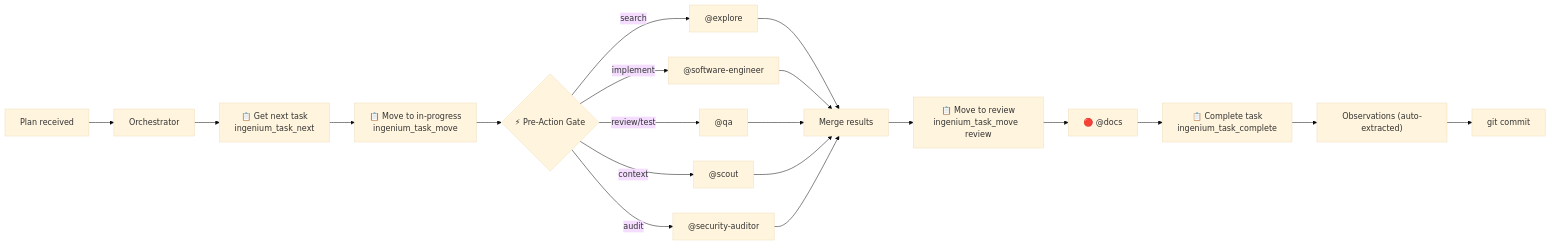
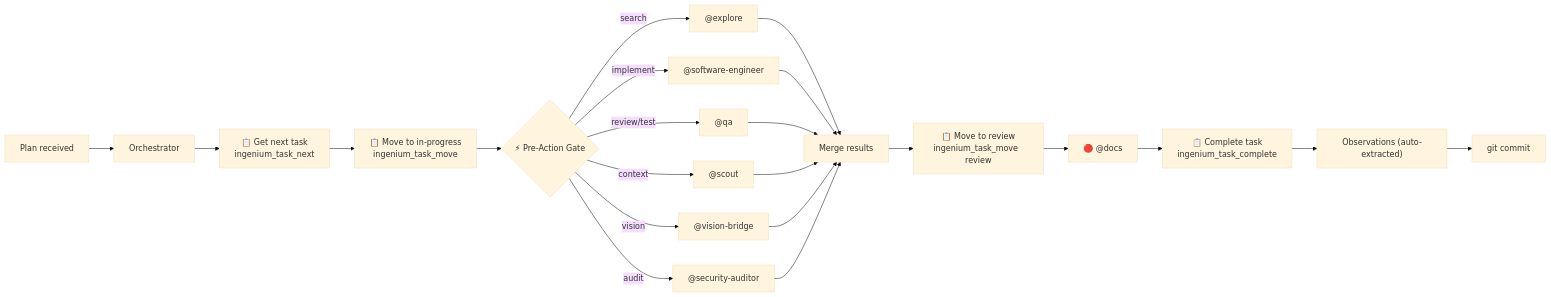
The fourth of 4 diagrams in docs/agents.md (jtmb/ingenium), drawn with Mermaid (base theme) before and after one commit. The commit also changed other lines of this file and 84 other files, not shown here.

````diff
--- a/docs/agents.md
+++ b/docs/agents.md
@@ -329,22 +354,24 @@
 ```mermaid
 flowchart LR
     PLAN["Plan received"] --> O["Orchestrator"]
     O --> KGET["📋 Get next task<br/>ingenium_task_next"]
     KGET --> KPROG["📋 Move to in-progress<br/>ingenium_task_move"]
     KPROG --> GATE{"⚡ Pre-Action Gate"}
     GATE -->|"search"| EXP["@explore"]
     GATE -->|"implement"| SE["@software-engineer"]
     GATE -->|"review/test"| QA["@qa"]
     GATE -->|"audit"| AUDIT["@security-auditor"]
     GATE -->|"context"| SCOUT["@scout"]
+    GATE -->|"vision"| VB["@vision-bridge"]
     EXP --> MERGE["Merge results"]
     SE --> MERGE
     QA --> MERGE
     SCOUT --> MERGE
+    VB --> MERGE
     AUDIT --> MERGE
     MERGE --> KREV["📋 Move to review<br/>ingenium_task_move <id> review"]
     KREV --> DOC["🔴 @docs"]
     DOC --> KCOMPLETE["📋 Complete task<br/>ingenium_task_complete"]
     KCOMPLETE --> OBSERVE["Observations (auto-extracted)"]
     OBSERVE --> COMMIT["git commit"]
 ```
````
